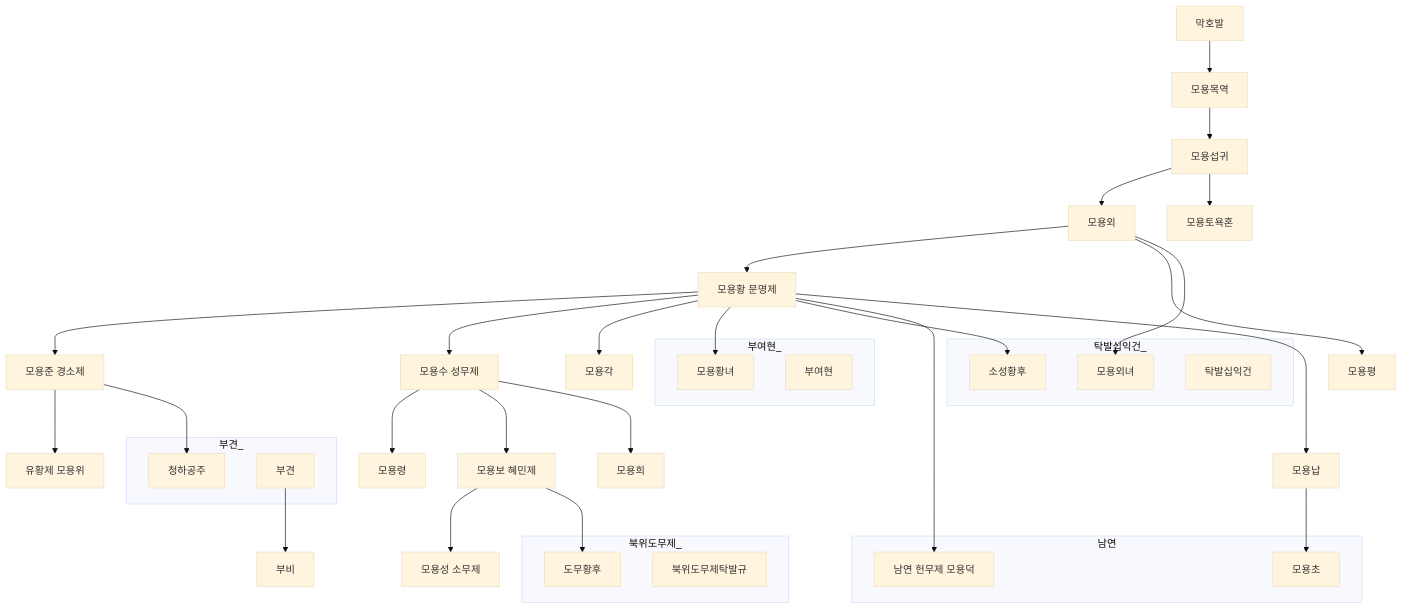
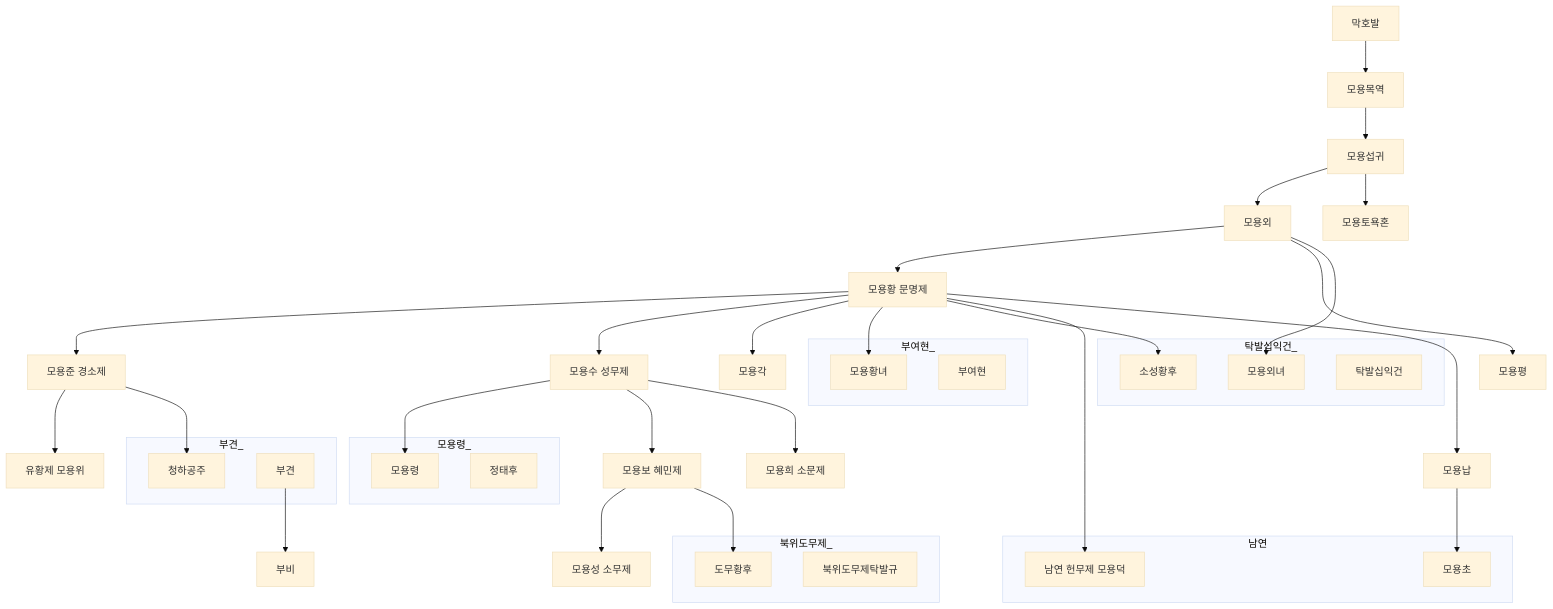
Before and after one commit to daewonyoon/historigram: the first of 2 diagrams in 중국사/모용씨.md, drawn with Mermaid (base theme). The commit also changed other lines of this file and 1 other file, not shown here.

````diff
--- a/중국사/모용씨.md
+++ b/중국사/모용씨.md
@@ -1,61 +1,67 @@
 ```mermaid
 
 graph TD
  막호발 --> 모용목역 --> 모용섭귀 --> 모용외
  모용외 --> 모용황
  모용외 ---> 모용평
  모용외 --> 모용외녀
  모용섭귀 --> 모용토욕혼
  모용황["모용황 문명제"]
  모용준["모용준 경소제"]
  모용수["모용수 성무제"]
  모용보["모용보 혜민제"]
  모용성["모용성 소무제"]
  모용위["유황제 모용위"]
  모용덕["남연 헌무제 모용덕"]
+ 모용희["모용희 소문제"]
 
  모용황 --> 모용준
  모용황 --> 모용수
  모용황 --> 모용각
  모용황 --> 모용황녀
  모용황 --> 소성황후
  모용황 ---> 모용덕
  모용황 ---> 모용납 --> 모용초
  모용준 --> 모용위
  모용수 --> 모용령
  모용수 --> 모용보
  모용수 --> 모용희
 
+ subgraph 모용령_
+ 모용령
+ 정태후
+ end
+ 
  모용보 --> 모용성
  모용보 --> 도무황후
 
  subgraph 북위도무제_
  북위도무제탁발규
  도무황후
  end
 
 
  모용준 --> 청하공주
  subgraph 부여현_
  부여현
  모용황녀
  end
  subgraph 탁발십익건_
  탁발십익건
  모용외녀
  소성황후
  end
  subgraph 부견_
  부견
  청하공주
  end
 
  부견 --> 부비
 
  subgraph 남연
  모용덕
  모용초
  end
  
 
 ```
````
